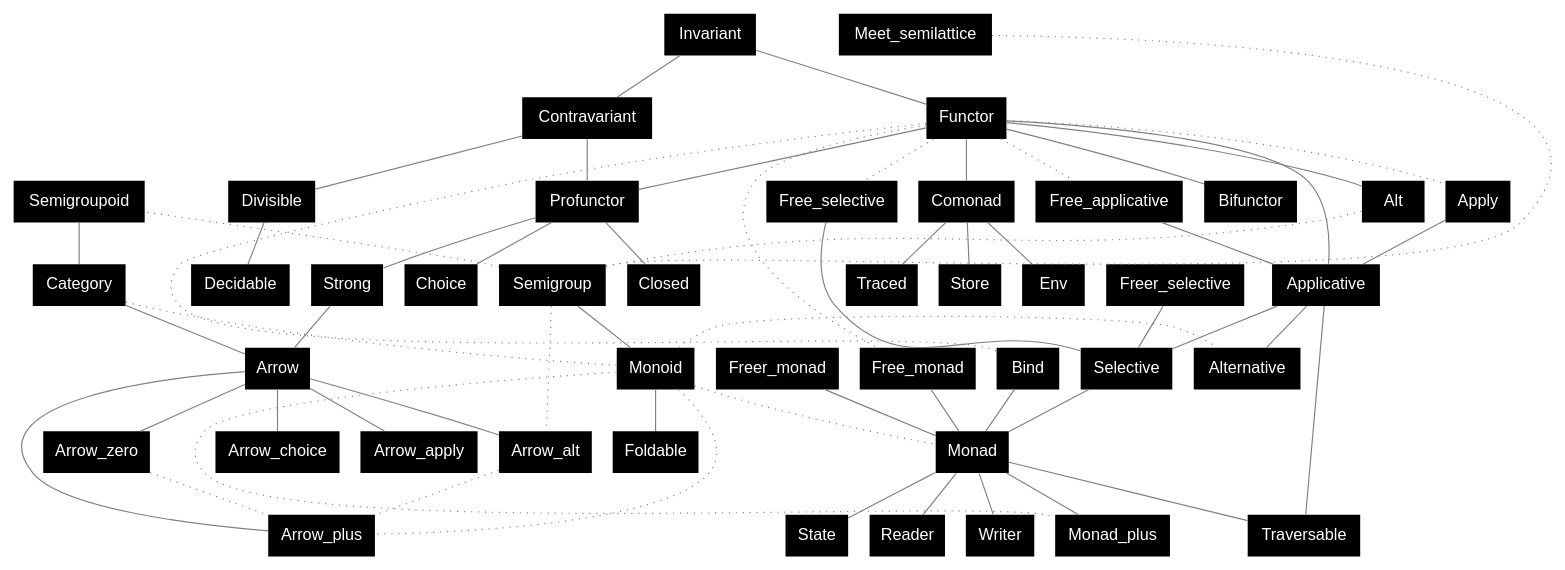
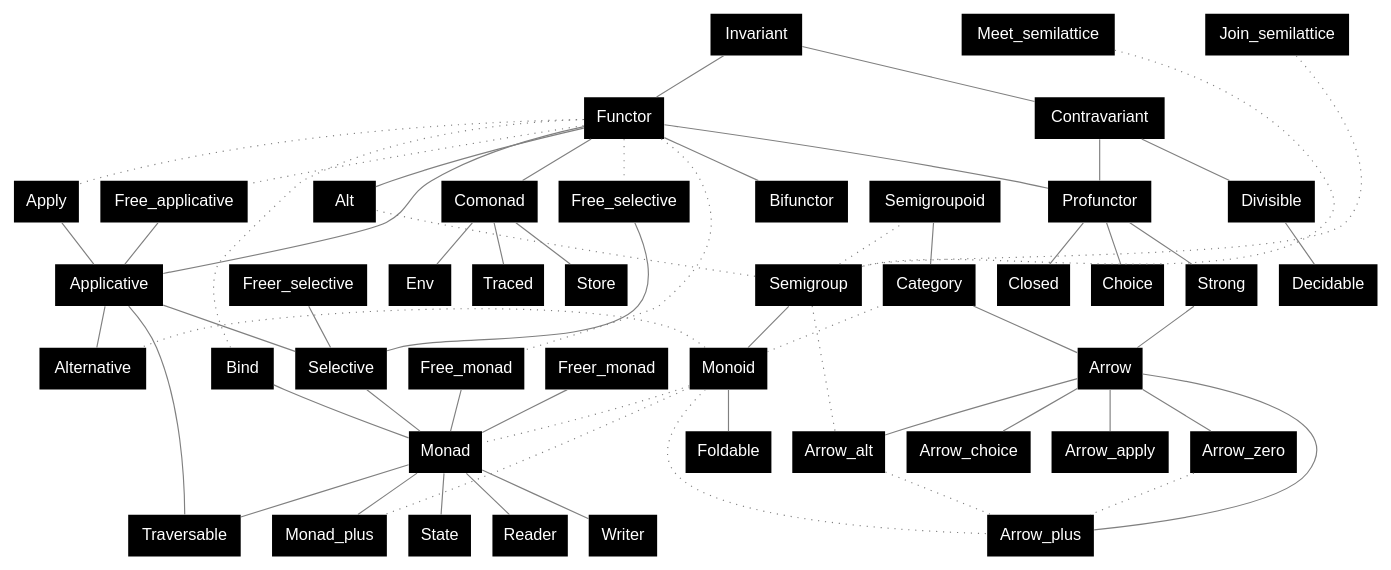
Before and after one commit to xvw/preface: the diagram in .github/dot/specs.dot, drawn with Graphviz. The commit also changed 12 other files, not shown here.

Commit message:
Add join-semilattice abstraction

```diff
--- a/.github/dot/specs.dot
+++ b/.github/dot/specs.dot
@@ -1,76 +1,77 @@
 graph {
         node [shape=plaintext; fontname = "Helvetica"; style=filled; fillcolor=black; fontcolor=white];
         edge [color = gray];
 
         Invariant;
         Invariant -- Functor;
         Invariant -- Contravariant;
         Contravariant;
         Divisible;
         Decidable;
         Functor -- Applicative -- Selective -- Monad;
         Functor -- Apply [style=dotted; arrowhead=none; constraint=false];
         Apply -- Applicative;
         Bind -- Monad;
         Functor -- Bind [style=dotted; arrowhead=none; constraint=false];
         Applicative -- Alternative;
         Monad -- Monad_plus;
         Functor -- Alt;
         Functor -- Comonad;
         
         Semigroup -- Monoid;
         Monoid -- Alternative [style=dotted; arrowhead=none; constraint=false];
         Monoid -- Monad_plus [style=dotted; arrowhead=none; constraint=false];
         Semigroup -- Alt [style=dotted; arrowhead=none; constraint=false];
         Monoid -- Monad [style=dotted; arrowhead=none];
         Monoid -- Foldable;
 
         Functor -- Free_selective [style=dotted; arrowhead=none];
         Functor -- Free_applicative [style=dotted; arrowhead=none];
         Functor -- Free_monad [style=dotted; arrowhead=none];
         
         Free_selective -- Selective;
         Freer_selective -- Selective;
         Free_applicative -- Applicative;
         Free_monad -- Monad;
         Freer_monad -- Monad;
 
         Profunctor;
         Bifunctor;
 
         Contravariant -- Divisible -- Decidable;
         Contravariant -- Profunctor;
         Functor -- Profunctor;
         Functor -- Bifunctor;
 
         Monad -- State;
         Monad -- Reader;
         Monad -- Writer;
 
         Comonad -- Store;
         Comonad -- Env;
         Comonad -- Traced;
 
         Applicative -- Traversable;
         Monad -- Traversable;
 
         Semigroup -- Semigroupoid [style=dotted; arrowhead=none; constraint=false];
         Monoid -- Category [style=dotted; arrowhead=none; constraint=false];
         Semigroupoid -- Category
         Category -- Arrow;
         Profunctor -- Strong;
         Profunctor -- Choice;
         Profunctor -- Closed;
         Strong -- Arrow;
         Arrow -- Arrow_zero;
         Arrow -- Arrow_alt;
         Arrow -- Arrow_plus;
         Arrow -- Arrow_choice;
         Arrow -- Arrow_apply;
         Arrow_zero -- Arrow_plus [style=dotted; arrowhead=none];
         Arrow_alt -- Arrow_plus [style=dotted; arrowhead=none];
         Monoid -- Arrow_plus [style=dotted; arrowhead=none];
         Semigroup -- Arrow_alt [style=dotted; arrowhead=none];
 
         Meet_semilattice -- Semigroup [style=dotted; arrowhead=none; constraint=false];
+        Join_semilattice -- Semigroup [style=dotted; arrowhead=none; constraint=false];
 }
```
